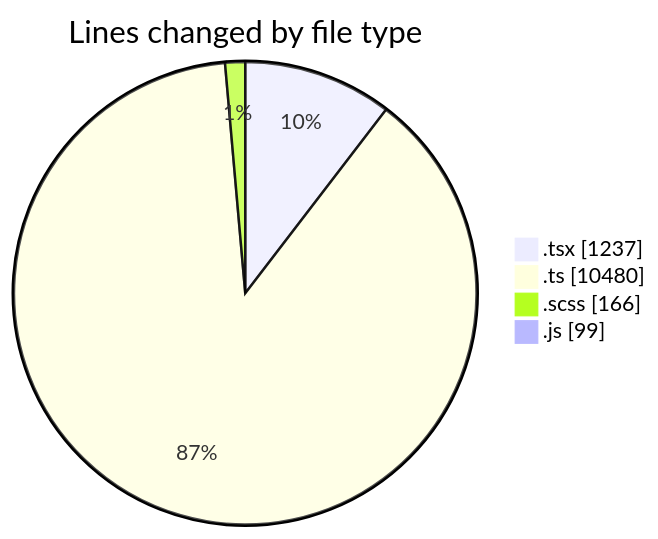
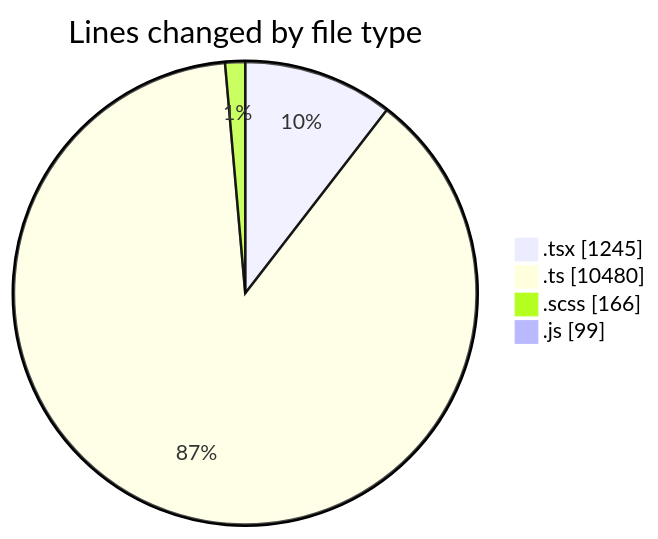
One commit to momahboobian/code-tracking changed the first of 2 diagrams in 2025-03-26/cda/README.md. Above: the diagram before and after it, drawn with Mermaid. The commit also changed other lines of this file and 1 other file, not shown here.

````diff
--- a/2025-03-26/cda/README.md
+++ b/2025-03-26/cda/README.md
@@ -43,8 +43,8 @@
 ```mermaid
 pie showData
 title Lines changed by file type
-".tsx" : 1237
+".tsx" : 1245
 ".ts" : 10480
 ".scss" : 166
 ".js" : 99
 ```
````
